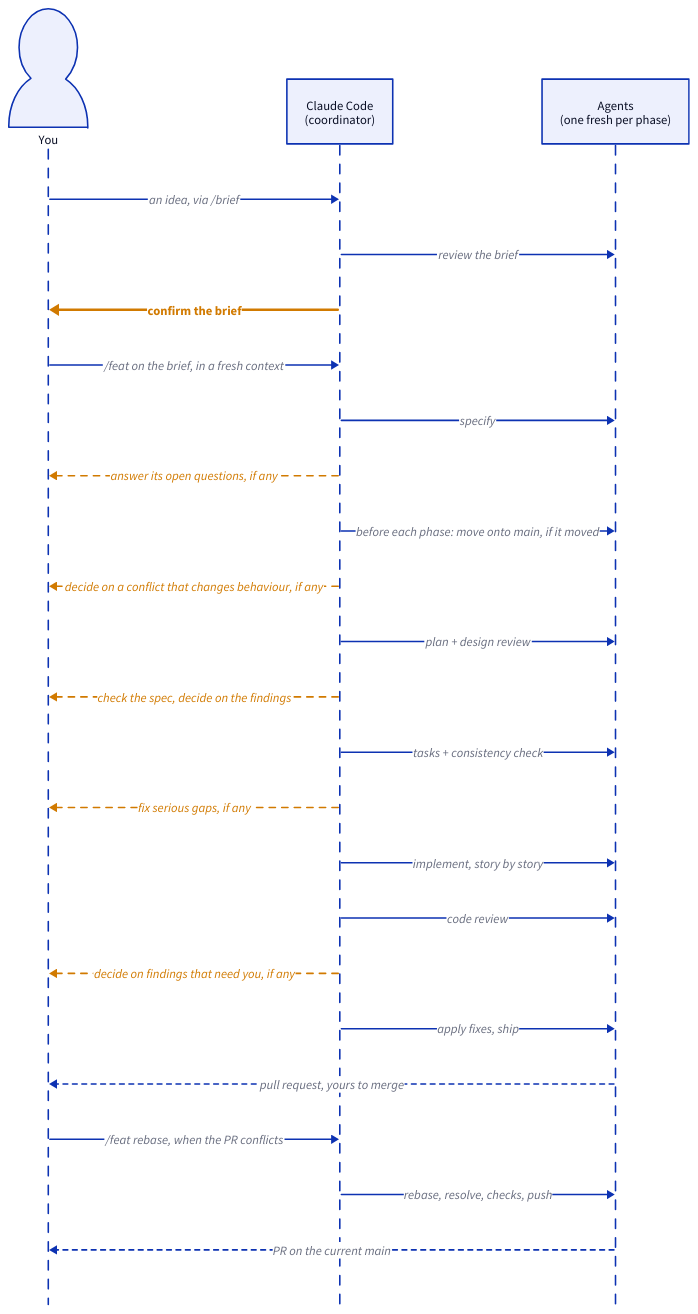
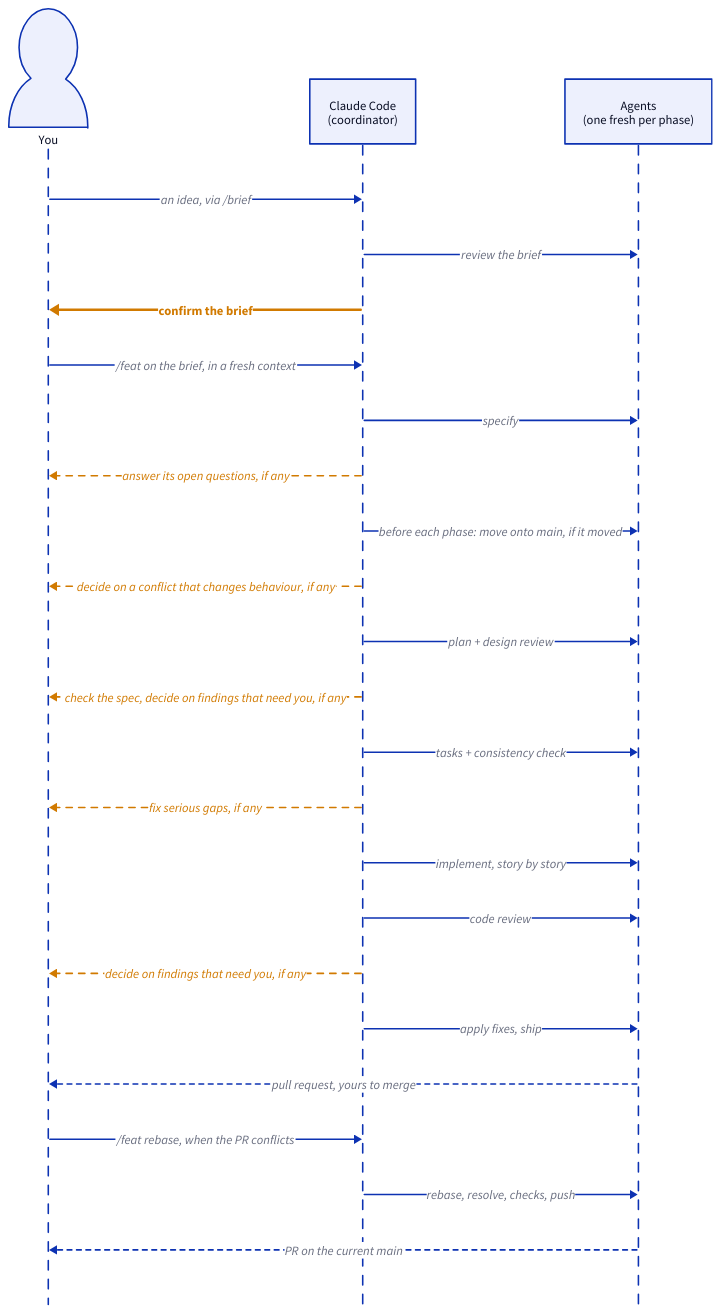
The diagram in docs/diagrams/gates.d2 (pdemagny/feat-agent), drawn with D2 before and after one commit. The commit also changed 9 other files, not shown here.

Commit message:
feat(feat): stop the design review gate only on findings that need you

```diff
--- a/docs/diagrams/gates.d2
+++ b/docs/diagrams/gates.d2
@@ -1,36 +1,36 @@
 # Who does what, and when the run waits for you (small and medium features).
 # Render with `mise run diagrams`; the SVG is docs/img/gates.svg.
 shape: sequence_diagram
 
 classes: {
   # always stops
   gate: {style: {stroke: "#d17a00"; stroke-width: 3; font-color: "#d17a00"; bold: true}}
   # stops only when something needs your call
   maybe: {style: {stroke: "#d17a00"; stroke-width: 2; stroke-dash: 4; font-color: "#d17a00"}}
   back: {style.stroke-dash: 3}
 }
 
 you: You {shape: person}
 cc: Claude Code\n(coordinator)
 agents: Agents\n(one fresh per phase)
 
 you -> cc: an idea, via /brief
 cc -> agents: review the brief
 cc -> you: confirm the brief {class: gate}
 you -> cc: /feat on the brief, in a fresh context
 cc -> agents: specify
 cc -> you: answer its open questions, if any {class: maybe}
 cc -> agents: before each phase: move onto main, if it moved
 cc -> you: decide on a conflict that changes behaviour, if any {class: maybe}
 cc -> agents: plan + design review
-cc -> you: check the spec, decide on the findings {class: maybe}
+cc -> you: check the spec, decide on findings that need you, if any {class: maybe}
 cc -> agents: tasks + consistency check
 cc -> you: fix serious gaps, if any {class: maybe}
 cc -> agents: implement, story by story
 cc -> agents: code review
 cc -> you: decide on findings that need you, if any {class: maybe}
 cc -> agents: apply fixes, ship
 agents -> you: pull request, yours to merge {class: back}
 you -> cc: /feat rebase, when the PR conflicts
 cc -> agents: rebase, resolve, checks, push
 agents -> you: PR on the current main {class: back}
```
